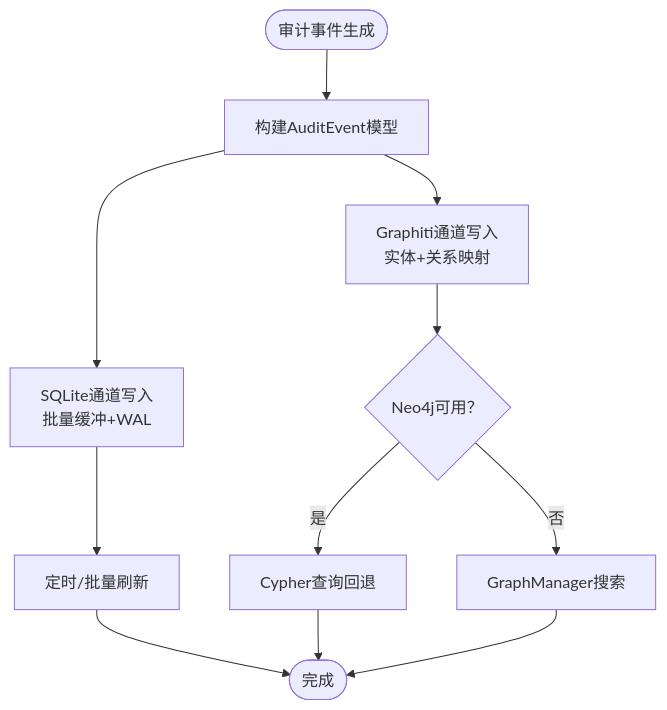
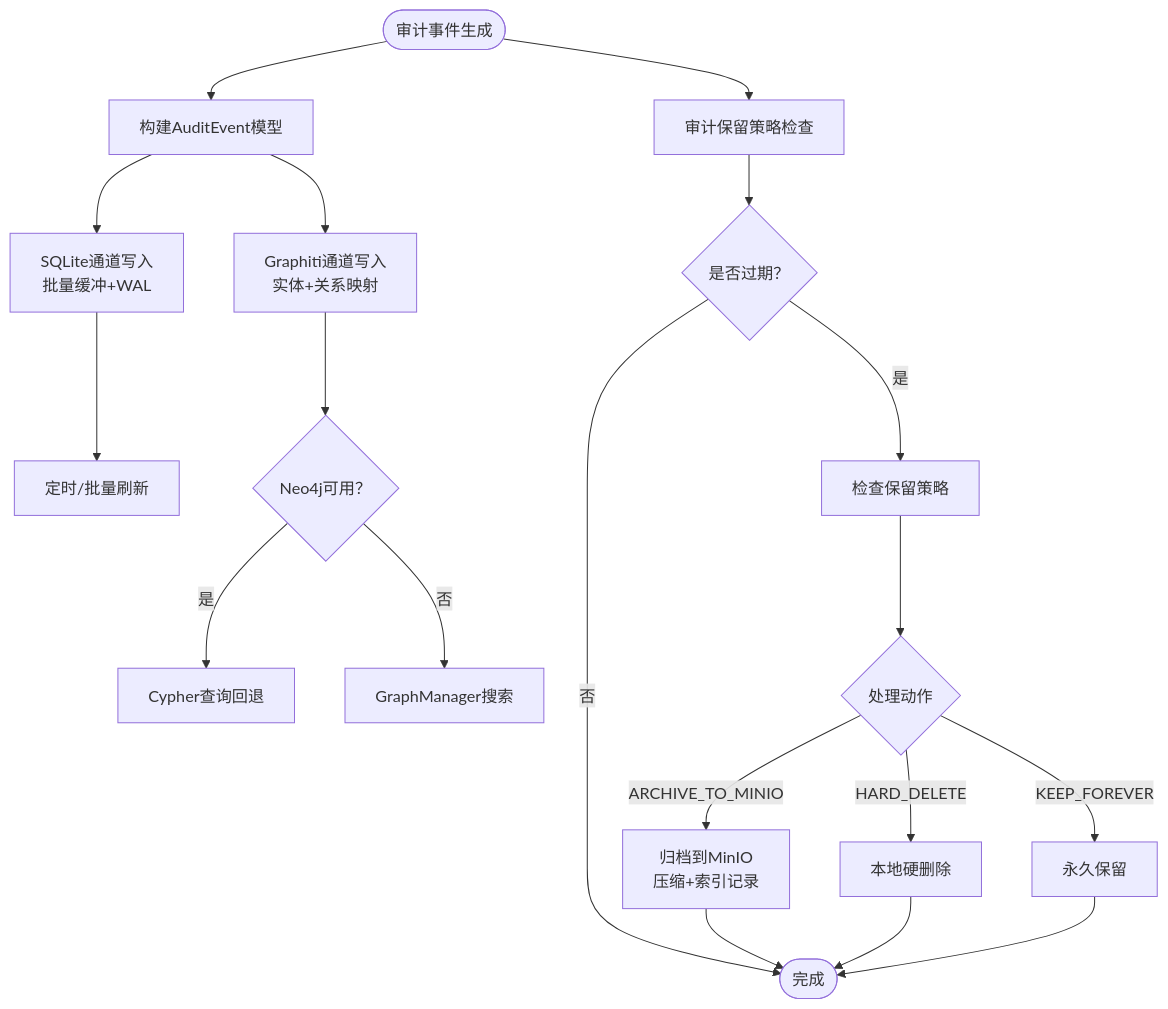
Before and after one commit to inier/ontology-graphiti: the fifth of 9 diagrams in .qoder/repowiki/zh/content/后端服务/基础设施服务/安全基础设施.md, drawn with Mermaid. The commit also changed other lines of this file and 18 other files, not shown here.

````diff
--- a/.qoder/repowiki/zh/content/后端服务/基础设施服务/安全基础设施.md
+++ b/.qoder/repowiki/zh/content/后端服务/基础设施服务/安全基础设施.md
@@ -337,13 +407,21 @@
 ```mermaid
 flowchart TD
 Start(["审计事件生成"]) --> BuildEvent["构建AuditEvent模型"]
 BuildEvent --> WriteSQLite["SQLite通道写入<br/>批量缓冲+WAL"]
 BuildEvent --> WriteGraphiti["Graphiti通道写入<br/>实体+关系映射"]
 WriteSQLite --> Flush["定时/批量刷新"]
 WriteGraphiti --> Neo4jQuery{"Neo4j可用？"}
 Neo4jQuery --> |是| CypherQuery["Cypher查询回退"]
 Neo4jQuery --> |否| SearchQuery["GraphManager搜索"]
-Flush --> End(["完成"])
-CypherQuery --> End
-SearchQuery --> End
+Start --> AuditRetention["审计保留策略检查"]
+AuditRetention --> IsExpired{"是否过期？"}
+IsExpired --> |否| End(["完成"])
+IsExpired --> |是| CheckPolicy["检查保留策略"]
+CheckPolicy --> Action{"处理动作"}
+Action --> |ARCHIVE_TO_MINIO| ArchiveMinIO["归档到MinIO<br/>压缩+索引记录"]
+Action --> |HARD_DELETE| DeleteLocal["本地硬删除"]
+Action --> |KEEP_FOREVER| KeepForever["永久保留"]
+ArchiveMinIO --> End
+DeleteLocal --> End
+KeepForever --> End
 ```
````
